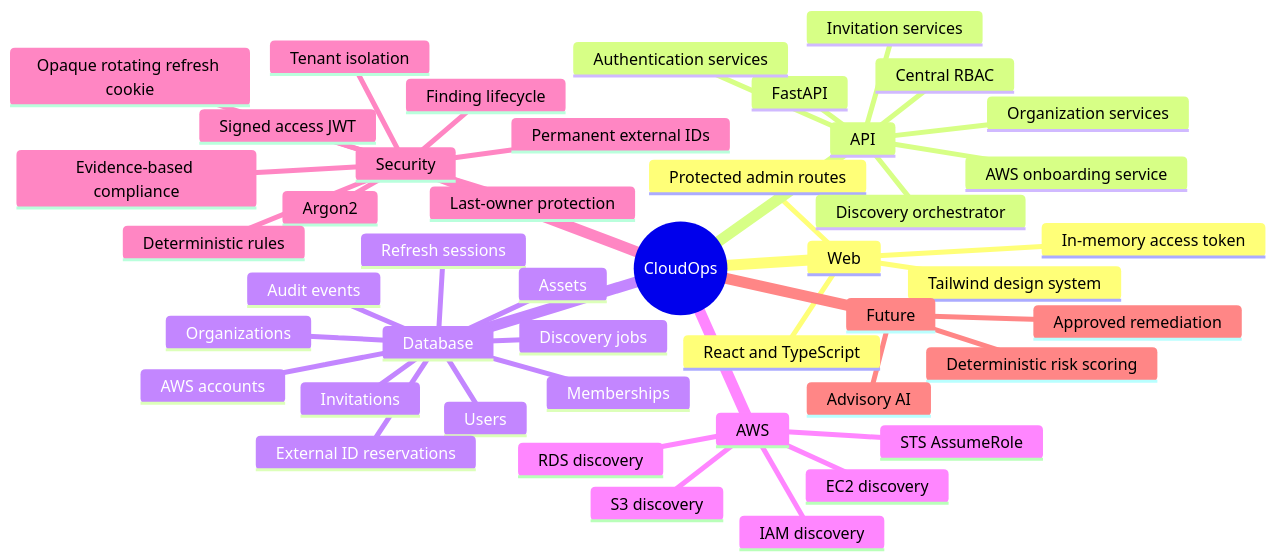
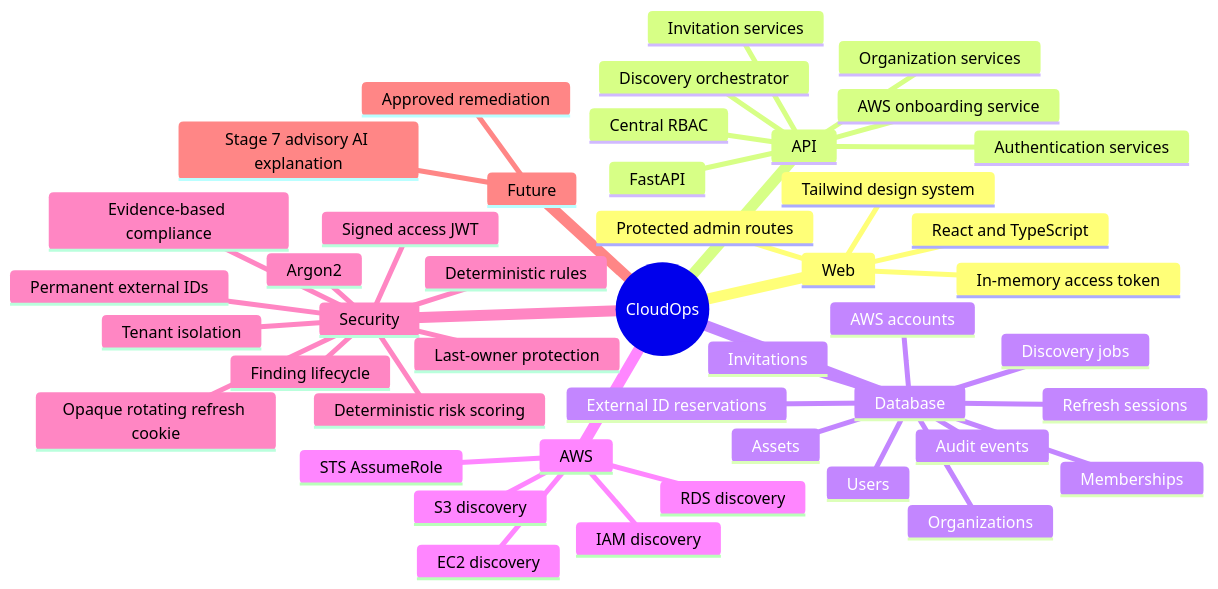
Before and after one commit to cloudops-project/CloudOps: the first of 2 diagrams in NEW_CHAT_CONTEXT.md, drawn with Mermaid. The commit also changed other lines of this file and 16 other files, not shown here.

````diff
--- a/NEW_CHAT_CONTEXT.md
+++ b/NEW_CHAT_CONTEXT.md
@@ -61,48 +64,48 @@
 ```mermaid
 mindmap
   root((CloudOps))
     Web
       React and TypeScript
       Tailwind design system
       In-memory access token
       Protected admin routes
     API
       FastAPI
       Authentication services
       Organization services
       Invitation services
       AWS onboarding service
       Discovery orchestrator
       Central RBAC
     Database
       Users
       Organizations
       Memberships
       Invitations
       Refresh sessions
       Audit events
       AWS accounts
       External ID reservations
       Assets
       Discovery jobs
     AWS
       STS AssumeRole
       EC2 discovery
       S3 discovery
       IAM discovery
       RDS discovery
     Security
       Argon2
       Signed access JWT
       Opaque rotating refresh cookie
       Tenant isolation
       Last-owner protection
       Permanent external IDs
       Deterministic rules
       Finding lifecycle
       Evidence-based compliance
+      Deterministic risk scoring
     Future
-      Deterministic risk scoring
-      Advisory AI
+      Stage 7 advisory AI explanation
       Approved remediation
 ```
````
